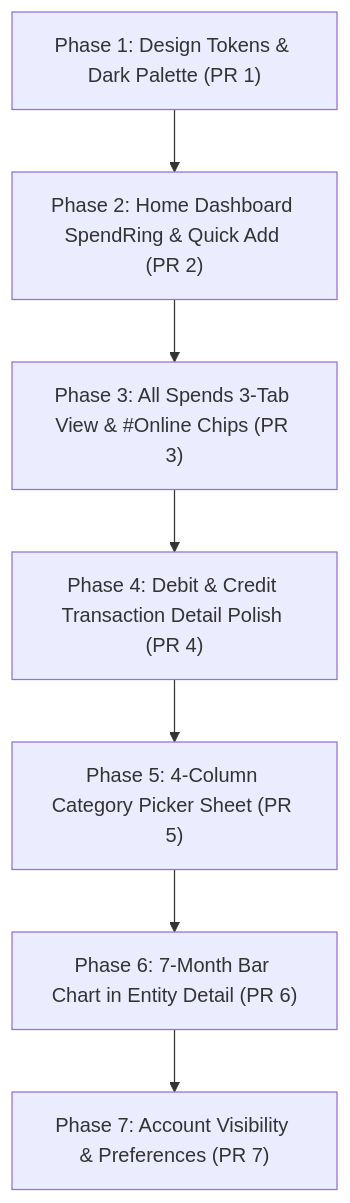
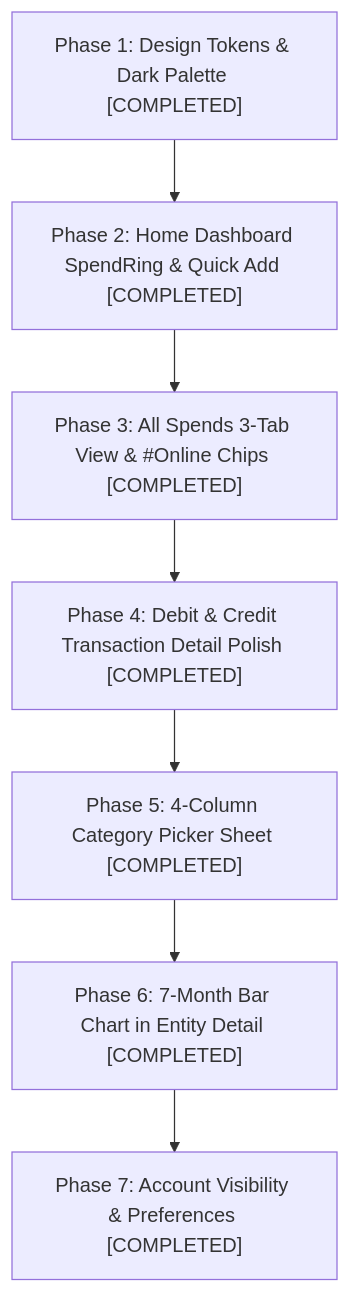
One commit to imkks/Kharcha changed the first of 2 diagrams in docs/AXIO_STYLE_UI_SPEC_AND_PLAN.md. Above: the diagram before and after it, drawn with Mermaid. The commit also changed other lines of this file and 34 other files, not shown here.

````diff
--- a/docs/AXIO_STYLE_UI_SPEC_AND_PLAN.md
+++ b/docs/AXIO_STYLE_UI_SPEC_AND_PLAN.md
@@ -276,9 +277,9 @@
 ```mermaid
 flowchart TD
-    PR1["Phase 1: Design Tokens & Dark Palette (PR 1)"] --> PR2["Phase 2: Home Dashboard SpendRing & Quick Add (PR 2)"]
-    PR2 --> PR3["Phase 3: All Spends 3-Tab View & #Online Chips (PR 3)"]
-    PR3 --> PR4["Phase 4: Debit & Credit Transaction Detail Polish (PR 4)"]
-    PR4 --> PR5["Phase 5: 4-Column Category Picker Sheet (PR 5)"]
-    PR5 --> PR6["Phase 6: 7-Month Bar Chart in Entity Detail (PR 6)"]
-    PR6 --> PR7["Phase 7: Account Visibility & Preferences (PR 7)"]
+    PR1["Phase 1: Design Tokens & Dark Palette [COMPLETED]"] --> PR2["Phase 2: Home Dashboard SpendRing & Quick Add [COMPLETED]"]
+    PR2 --> PR3["Phase 3: All Spends 3-Tab View & #Online Chips [COMPLETED]"]
+    PR3 --> PR4["Phase 4: Debit & Credit Transaction Detail Polish [COMPLETED]"]
+    PR4 --> PR5["Phase 5: 4-Column Category Picker Sheet [COMPLETED]"]
+    PR5 --> PR6["Phase 6: 7-Month Bar Chart in Entity Detail [COMPLETED]"]
+    PR6 --> PR7["Phase 7: Account Visibility & Preferences [COMPLETED]"]
 ```
````
